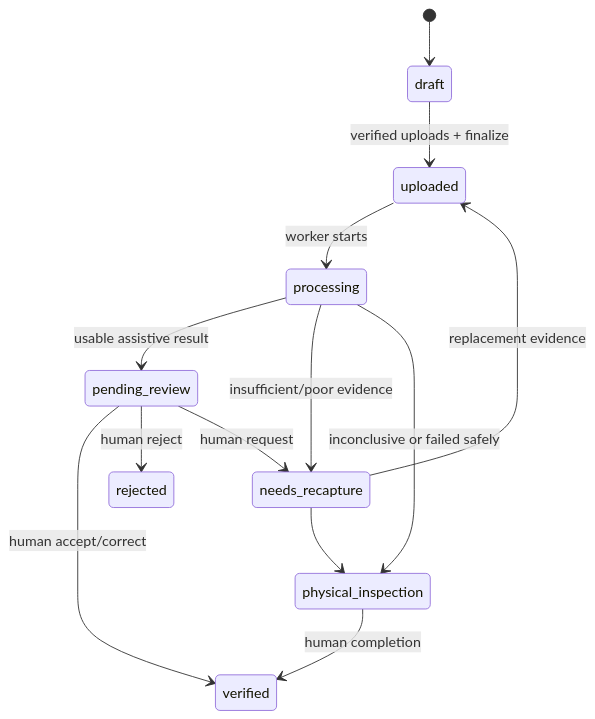
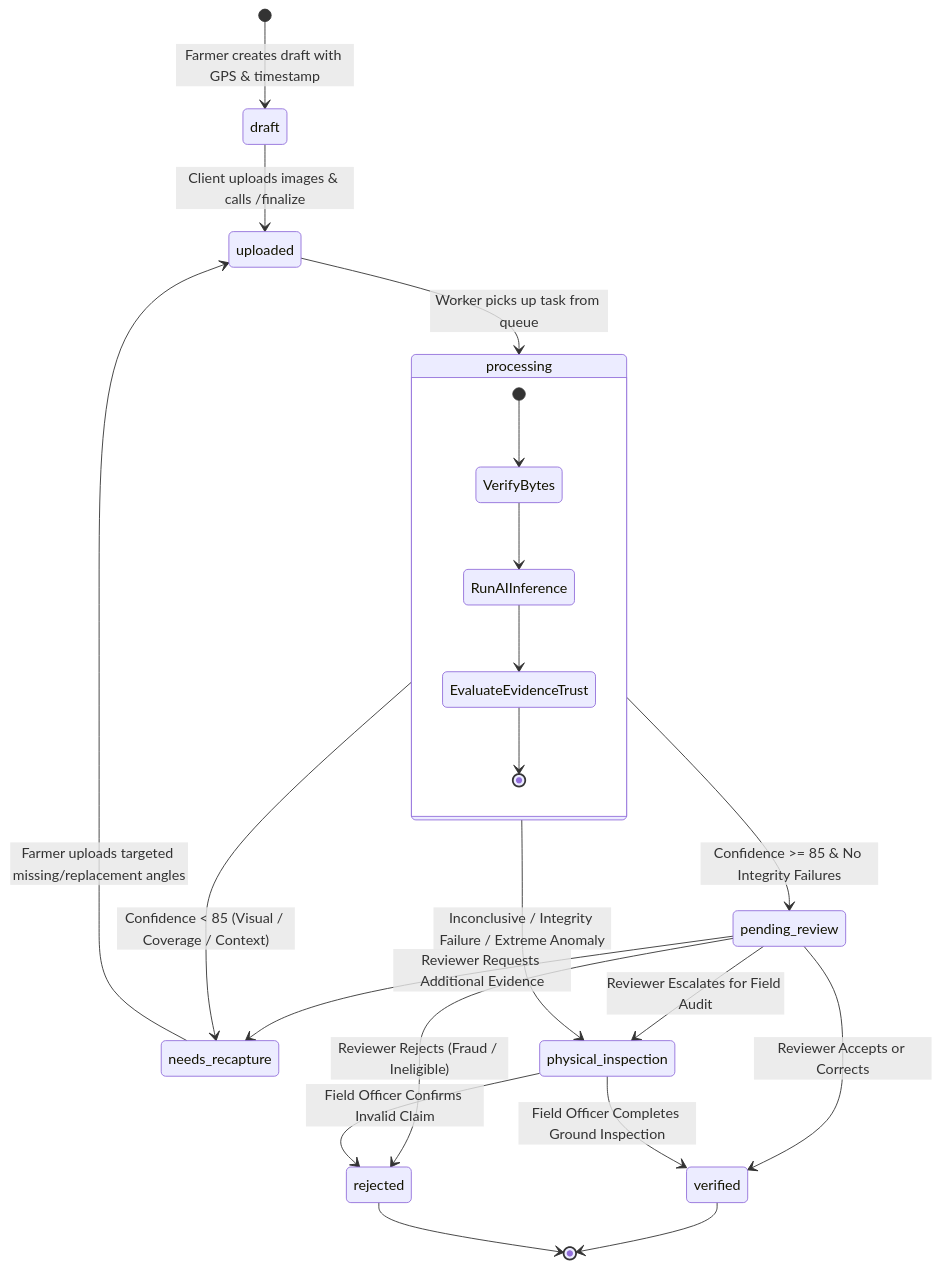
Before and after one commit to dhrrishitvdeka/Fasal-Pramaan: the second of 3 diagrams in docs/architecture.md, drawn with Mermaid. The commit also changed other lines of this file and 58 other files, not shown here.

First line of the commit message:
feat(evidence-trust): implement 4-D Evidence Confidence Engine and Adaptive Verification

````diff
--- a/docs/architecture.md
+++ b/docs/architecture.md
@@ -79,15 +124,30 @@
 ```mermaid
 stateDiagram-v2
-  [*] --> draft
-  draft --> uploaded: verified uploads + finalize
-  uploaded --> processing: worker starts
-  processing --> pending_review: usable assistive result
-  processing --> needs_recapture: insufficient/poor evidence
-  processing --> physical_inspection: inconclusive or failed safely
-  pending_review --> verified: human accept/correct
-  pending_review --> rejected: human reject
-  pending_review --> needs_recapture: human request
-  needs_recapture --> uploaded: replacement evidence
-  needs_recapture --> physical_inspection
-  physical_inspection --> verified: human completion
+  [*] --> draft: Farmer creates draft with GPS & timestamp
+  draft --> uploaded: Client uploads images & calls /finalize
+  uploaded --> processing: Worker picks up task from queue
+
+  state processing {
+    [*] --> VerifyBytes
+    VerifyBytes --> RunAIInference
+    RunAIInference --> EvaluateEvidenceTrust
+    EvaluateEvidenceTrust --> [*]
+  }
+
+  processing --> pending_review: Confidence >= 85 & No Integrity Failures
+  processing --> needs_recapture: Confidence < 85 (Visual / Coverage / Context)
+  processing --> physical_inspection: Inconclusive / Integrity Failure / Extreme Anomaly
+
+  needs_recapture --> uploaded: Farmer uploads targeted missing/replacement angles
+  
+  pending_review --> verified: Reviewer Accepts or Corrects
+  pending_review --> rejected: Reviewer Rejects (Fraud / Ineligible)
+  pending_review --> needs_recapture: Reviewer Requests Additional Evidence
+  pending_review --> physical_inspection: Reviewer Escalates for Field Audit
+
+  physical_inspection --> verified: Field Officer Completes Ground Inspection
+  physical_inspection --> rejected: Field Officer Confirms Invalid Claim
+
+  verified --> [*]
+  rejected --> [*]
 ```
````
